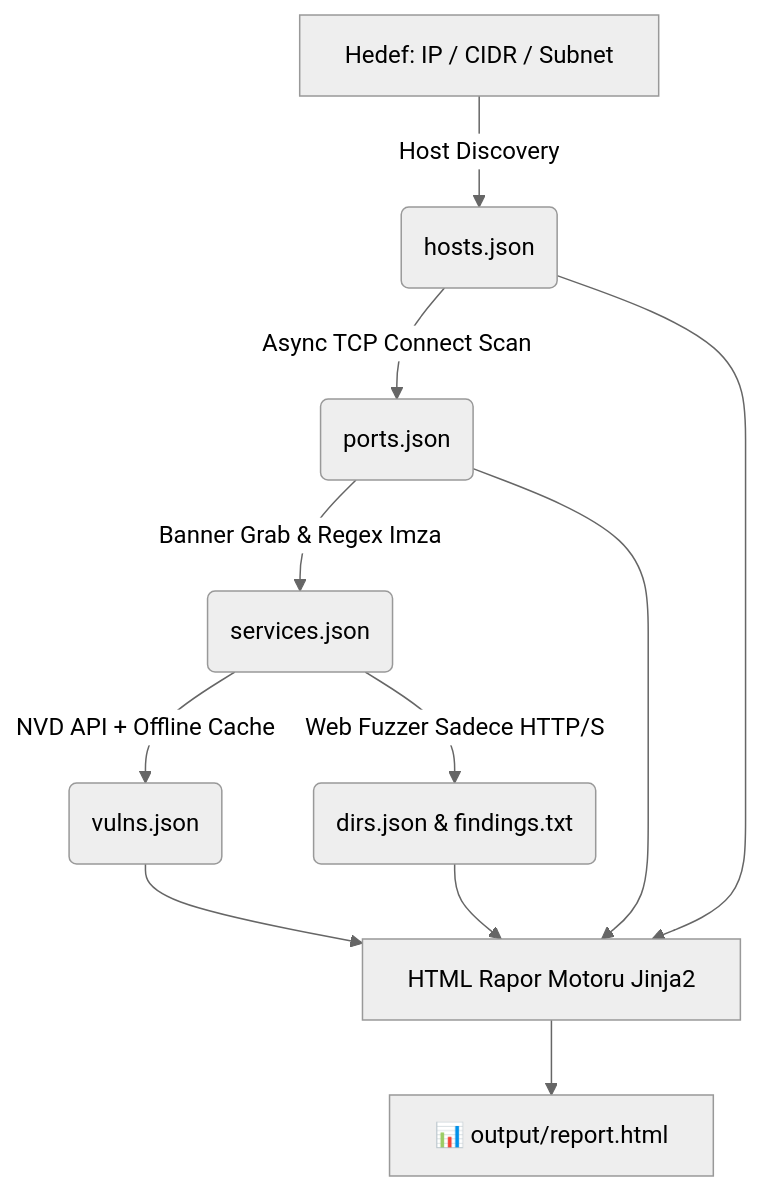
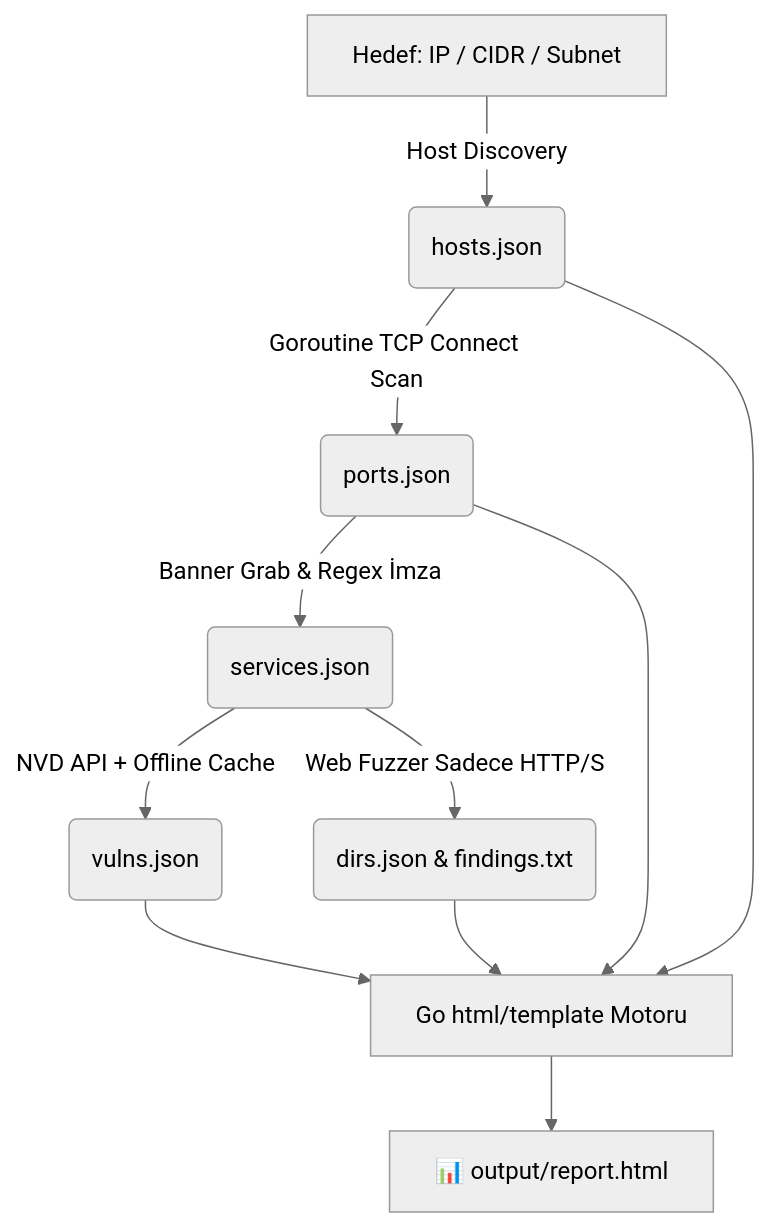
Before and after one commit to 1Ssalih/SpecterRecon: the diagram in README.md, drawn with Mermaid (neutral theme). The commit also changed other lines of this file and 17 other files, not shown here.

````diff
--- a/README.md
+++ b/README.md
@@ -48,13 +49,13 @@
 ```mermaid
 graph TD
     A[Hedef: IP / CIDR / Subnet] -->|Host Discovery| B(hosts.json)
-    B -->|Async TCP Connect Scan| C(ports.json)
-    C -->|Banner Grab & Regex Imza| D(services.json)
+    B -->|Goroutine TCP Connect Scan| C(ports.json)
+    C -->|Banner Grab & Regex İmza| D(services.json)
     D -->|NVD API + Offline Cache| E(vulns.json)
     D -->|Web Fuzzer Sadece HTTP/S| F(dirs.json & findings.txt)
-    E --> G[HTML Rapor Motoru Jinja2]
+    E --> G[Go html/template Motoru]
     F --> G
     B --> G
     C --> G
     G --> H[📊 output/report.html]
 ```
````
